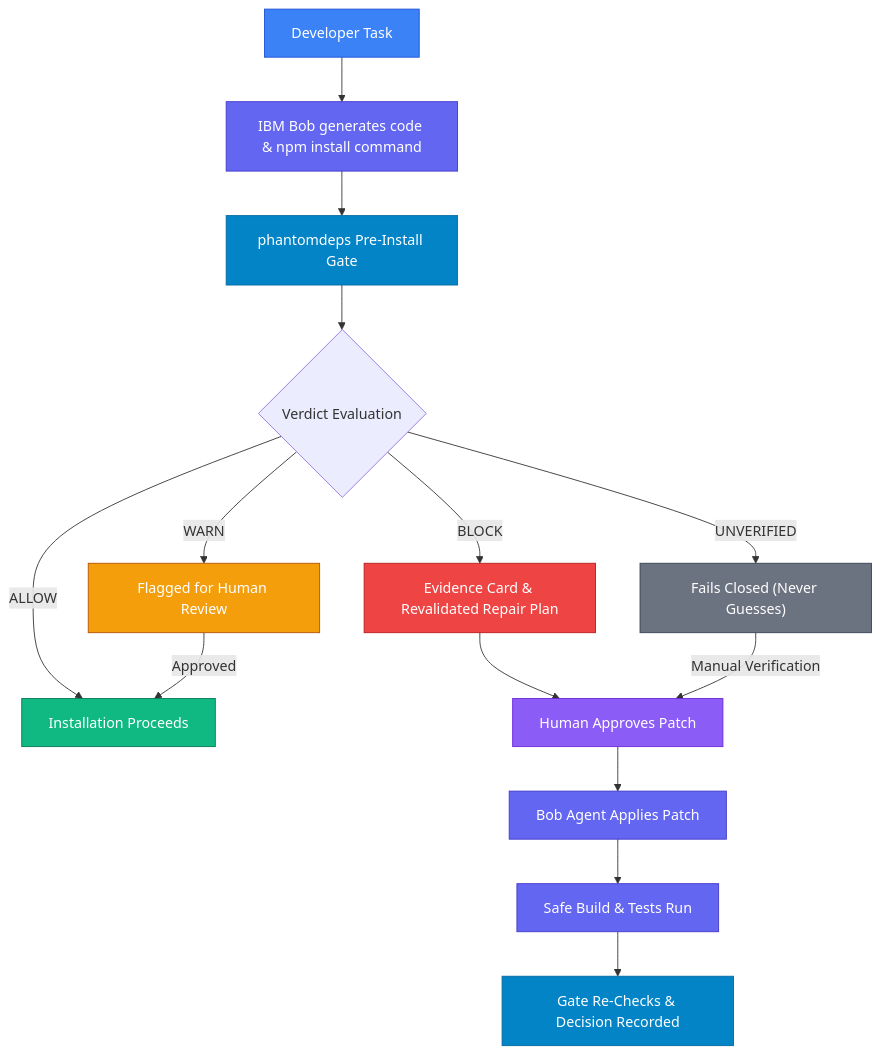
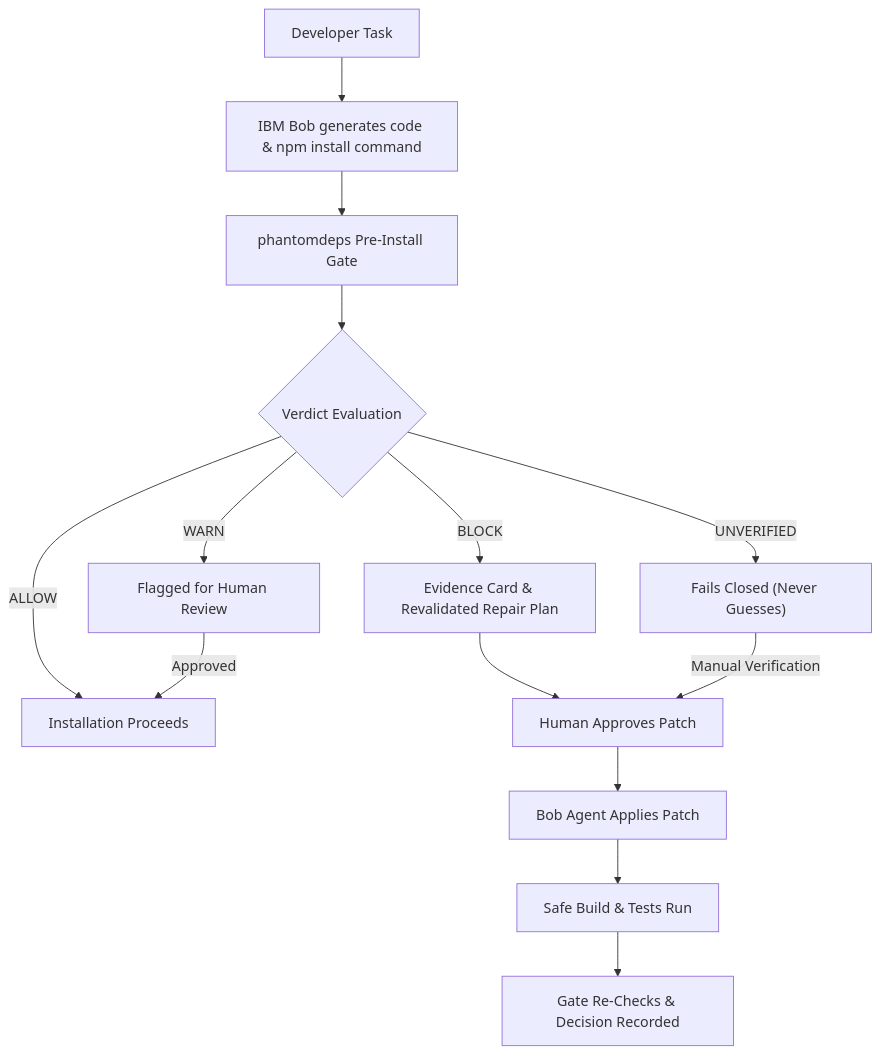
Before and after one commit to adishxm/phantomdeps: the second of 4 diagrams in README.md, drawn with Mermaid. The commit also changed other lines of this file, not shown here.

Commit message:
docs: remove custom colors from Mermaid flowcharts in README

````diff
--- a/README.md
+++ b/README.md
@@ -109,36 +95,18 @@
 ```mermaid
 flowchart TD
     A["Developer Task"] --> B["IBM Bob generates code & npm install command"]
     B --> C["phantomdeps Pre-Install Gate"]
     
     C --> D{"Verdict Evaluation"}
     D -- "ALLOW" --> E["Installation Proceeds"]
     D -- "WARN" --> F["Flagged for Human Review"]
     D -- "BLOCK" --> G["Evidence Card & Revalidated Repair Plan"]
     D -- "UNVERIFIED" --> H["Fails Closed (Never Guesses)"]
     
     G --> I["Human Approves Patch"]
     F -- "Approved" --> E
     H -- "Manual Verification" --> I
     I --> J["Bob Agent Applies Patch"]
     J --> K["Safe Build & Tests Run"]
     K --> L["Gate Re-Checks & Decision Recorded"]
-
-    classDef dev fill:#3b82f6,stroke:#1d4ed8,color:#ffffff;
-    classDef bob fill:#6366f1,stroke:#4338ca,color:#ffffff;
-    classDef gate fill:#0284c7,stroke:#0369a1,color:#ffffff;
-    classDef allow fill:#10b981,stroke:#047857,color:#ffffff;
-    classDef warn fill:#f59e0b,stroke:#b45309,color:#ffffff;
-    classDef block fill:#ef4444,stroke:#b91c1c,color:#ffffff;
-    classDef unverified fill:#6b7280,stroke:#374151,color:#ffffff;
-    classDef human fill:#8b5cf6,stroke:#6d28d9,color:#ffffff;
-
-    class A dev;
-    class B,J,K bob;
-    class C,L gate;
-    class E allow;
-    class F warn;
-    class G block;
-    class H unverified;
-    class I human;
 ```
````
